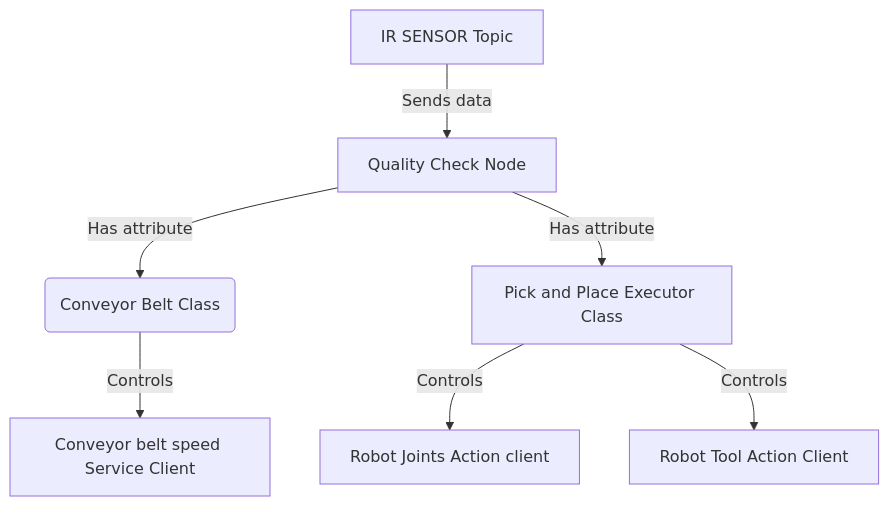
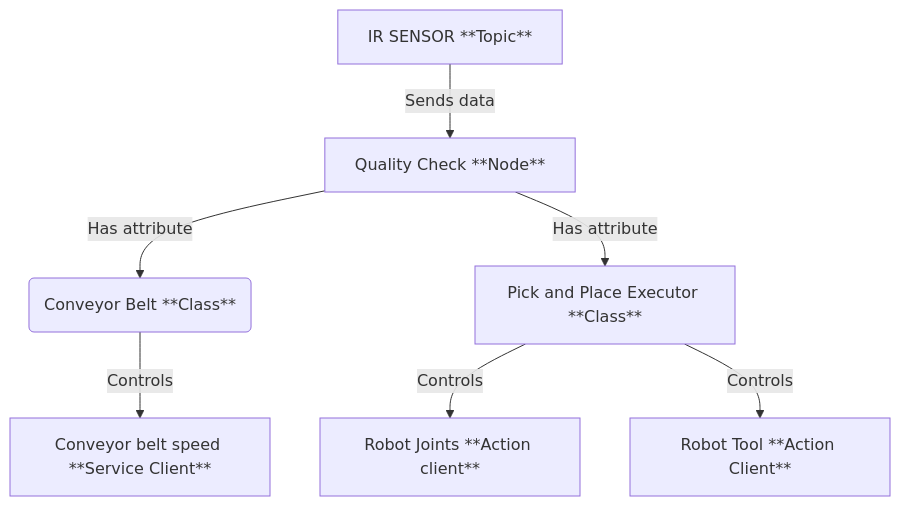
Before and after one commit to NiryoRobotics/roscon-2025: the diagram in src/hg_biermann_report.md, drawn with Mermaid. The commit also changed other lines of this file and 1 other file, not shown here.

Commit message:
test: graphic display of md files.

````diff
--- a/src/hg_biermann_report.md
+++ b/src/hg_biermann_report.md
@@ -17,9 +17,9 @@
 ```mermaid
 flowchart TD;
-    A["Quality Check Node"] -->|"Has attribute"| B("Conveyor Belt Class");
-    A -->|"Has attribute"| C["Pick and Place Executor Class"];
-    C -->|"Controls"| D["Robot Joints Action client"];
-    C -->|"Controls"| E["Robot Tool Action Client"];
-    B -->|"Controls"| F["Conveyor belt speed Service Client"];
-    G["IR SENSOR Topic"] -->|"Sends data"| A;
+    A["Quality Check **Node**"] -->|"Has attribute"| B("Conveyor Belt **Class**");
+    A -->|"Has attribute"| C["Pick and Place Executor **Class**"];
+    C -->|"Controls"| D["Robot Joints **Action client**"];
+    C -->|"Controls"| E["Robot Tool **Action Client**"];
+    B -->|"Controls"| F["Conveyor belt speed **Service Client**"];
+    G["IR SENSOR **Topic**"] -->|"Sends data"| A;
 ```
````
